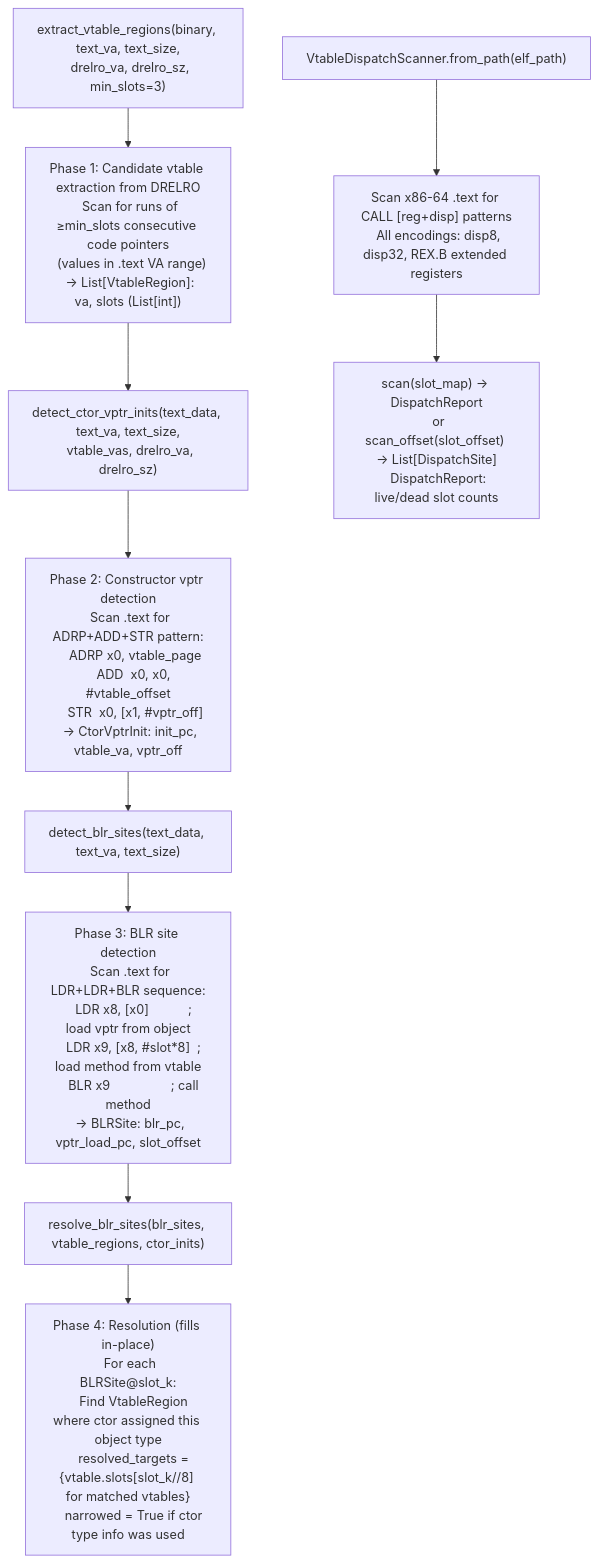
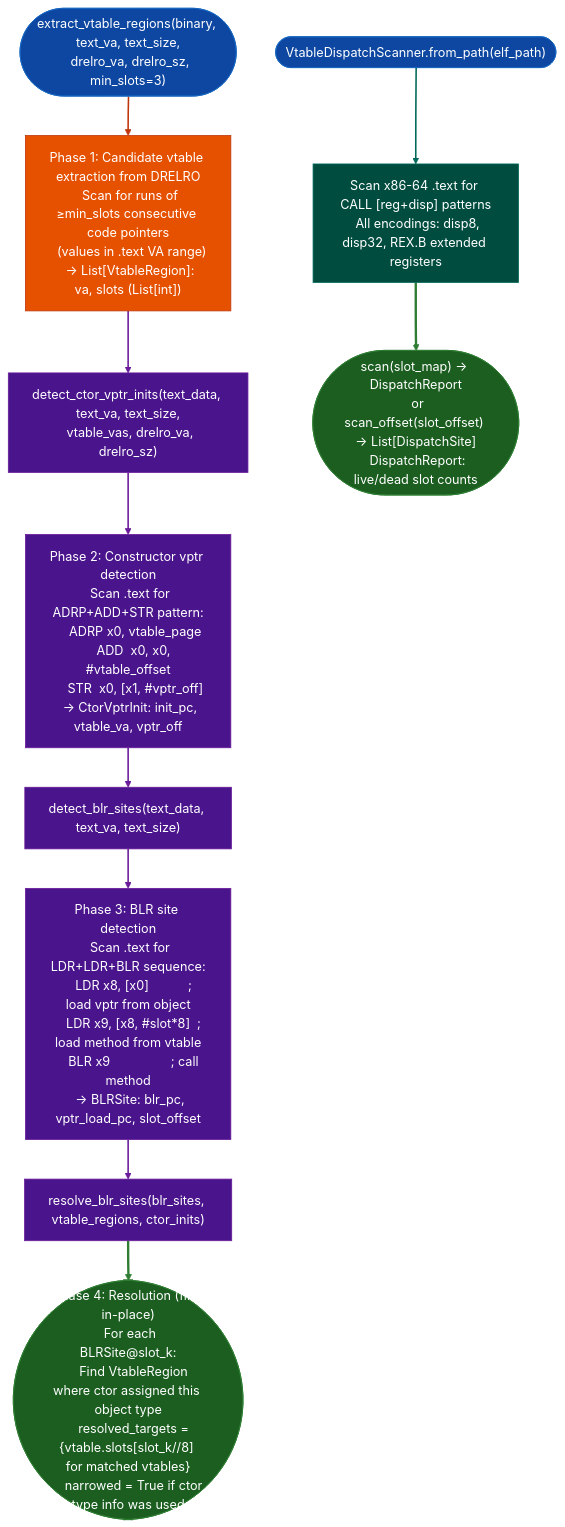
The diagram in docs/reference-modules/arm64-virtual-call-resolution.md (Ablation-Tool/ablation), drawn with Mermaid before and after one commit. The commit also changed 320 other files, not shown here.

First line of the commit message:
docs: apply canonical Mermaid template to all 321 diagrams

````diff
--- a/docs/reference-modules/arm64-virtual-call-resolution.md
+++ b/docs/reference-modules/arm64-virtual-call-resolution.md
@@ -19,13 +19,28 @@
 ```mermaid
 flowchart TD
-    A["extract_vtable_regions(binary, text_va, text_size,\n  drelro_va, drelro_sz, min_slots=3)"] --> B["Phase 1: Candidate vtable extraction from DRELRO\n  Scan for runs of ≥min_slots consecutive code pointers\n  (values in .text VA range)\n  → List[VtableRegion]: va, slots (List[int])"]
-    B --> C["detect_ctor_vptr_inits(text_data, text_va, text_size,\n  vtable_vas, drelro_va, drelro_sz)"] 
-    C --> C2["Phase 2: Constructor vptr detection\n  Scan .text for ADRP+ADD+STR pattern:\n    ADRP x0, vtable_page\n    ADD  x0, x0, #vtable_offset\n    STR  x0, [x1, #vptr_off]\n  → CtorVptrInit: init_pc, vtable_va, vptr_off"]
-    C2 --> D["detect_blr_sites(text_data, text_va, text_size)"]
-    D --> D2["Phase 3: BLR site detection\n  Scan .text for LDR+LDR+BLR sequence:\n    LDR x8, [x0]           ; load vptr from object\n    LDR x9, [x8, #slot*8]  ; load method from vtable\n    BLR x9                 ; call method\n  → BLRSite: blr_pc, vptr_load_pc, slot_offset"]
-    D2 --> E["resolve_blr_sites(blr_sites, vtable_regions, ctor_inits)"]
-    E --> E2["Phase 4: Resolution (fills in-place)\n  For each BLRSite@slot_k:\n    Find VtableRegion where ctor assigned this object type\n    resolved_targets = {vtable.slots[slot_k//8] for matched vtables}\n    narrowed = True if ctor type info was used"]
+    A(["extract_vtable_regions(binary, text_va, text_size,\n  drelro_va, drelro_sz, min_slots=3)"]):::input --> B["Phase 1: Candidate vtable extraction from DRELRO\n  Scan for runs of ≥min_slots consecutive code pointers\n  (values in .text VA range)\n  → List[VtableRegion]: va, slots (List[int])"]:::primary
+    B:::primary --> C["detect_ctor_vptr_inits(text_data, text_va, text_size,\n  vtable_vas, drelro_va, drelro_sz)"]:::tertiary
+    C:::tertiary --> C2["Phase 2: Constructor vptr detection\n  Scan .text for ADRP+ADD+STR pattern:\n    ADRP x0, vtable_page\n    ADD  x0, x0, #vtable_offset\n    STR  x0, [x1, #vptr_off]\n  → CtorVptrInit: init_pc, vtable_va, vptr_off"]:::tertiary
+    C2:::tertiary --> D["detect_blr_sites(text_data, text_va, text_size)"]:::tertiary
+    D:::tertiary --> D2["Phase 3: BLR site detection\n  Scan .text for LDR+LDR+BLR sequence:\n    LDR x8, [x0]           ; load vptr from object\n    LDR x9, [x8, #slot*8]  ; load method from vtable\n    BLR x9                 ; call method\n  → BLRSite: blr_pc, vptr_load_pc, slot_offset"]:::tertiary
+    D2:::tertiary --> E["resolve_blr_sites(blr_sites, vtable_regions, ctor_inits)"]:::tertiary
+    E:::tertiary --> E2(["Phase 4: Resolution (fills in-place)\n  For each BLRSite@slot_k:\n    Find VtableRegion where ctor assigned this object type\n    resolved_targets = {vtable.slots[slot_k//8] for matched vtables}\n    narrowed = True if ctor type info was used"]):::output
 
-    F["VtableDispatchScanner.from_path(elf_path)"] --> G["Scan x86-64 .text for CALL [reg+disp] patterns\n  All encodings: disp8, disp32, REX.B extended registers"]
-    G --> H["scan(slot_map) → DispatchReport\n  or scan_offset(slot_offset) → List[DispatchSite]\n  DispatchReport: live/dead slot counts"]
+    F(["VtableDispatchScanner.from_path(elf_path)"]):::input --> G["Scan x86-64 .text for CALL [reg+disp] patterns\n  All encodings: disp8, disp32, REX.B extended registers"]:::secondary
+    G:::secondary --> H(["scan(slot_map) → DispatchReport\n  or scan_offset(slot_offset) → List[DispatchSite]\n  DispatchReport: live/dead slot counts"]):::output
+    classDef input     fill:#0d47a1,stroke:#1565c0,color:#fff
+    classDef primary   fill:#e65100,stroke:#bf360c,color:#fff
+    classDef secondary fill:#004d40,stroke:#00695c,color:#fff
+    classDef tertiary  fill:#4a148c,stroke:#6a1b9a,color:#fff
+    classDef neutral   fill:#37474f,stroke:#546e7a,color:#fff
+    classDef output    fill:#1b5e20,stroke:#2e7d32,color:#fff
+    linkStyle 0 stroke:#bf360c,stroke-width:2px
+    linkStyle 1 stroke:#6a1b9a,stroke-width:2px
+    linkStyle 2 stroke:#6a1b9a,stroke-width:2px
+    linkStyle 3 stroke:#6a1b9a,stroke-width:2px
+    linkStyle 4 stroke:#6a1b9a,stroke-width:2px
+    linkStyle 5 stroke:#6a1b9a,stroke-width:2px
+    linkStyle 6 stroke:#2e7d32,stroke-width:3px
+    linkStyle 7 stroke:#00695c,stroke-width:2px
+    linkStyle 8 stroke:#2e7d32,stroke-width:3px
 ```
````
